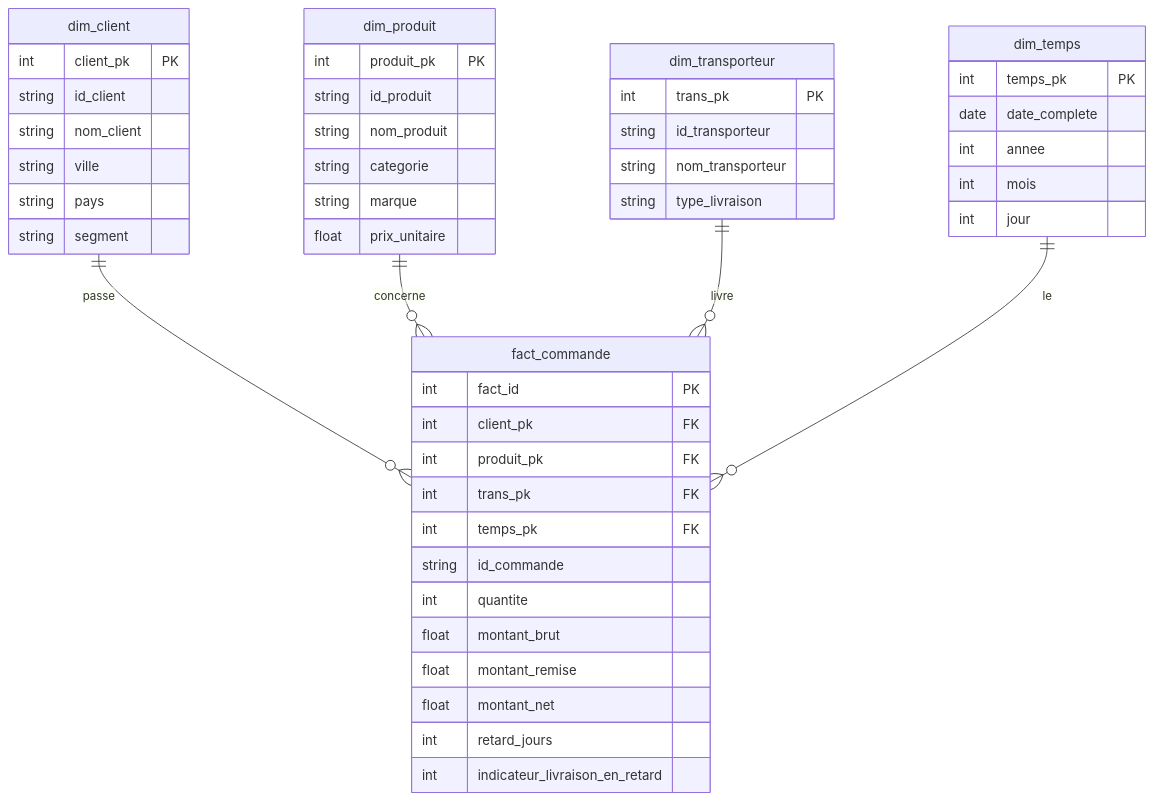
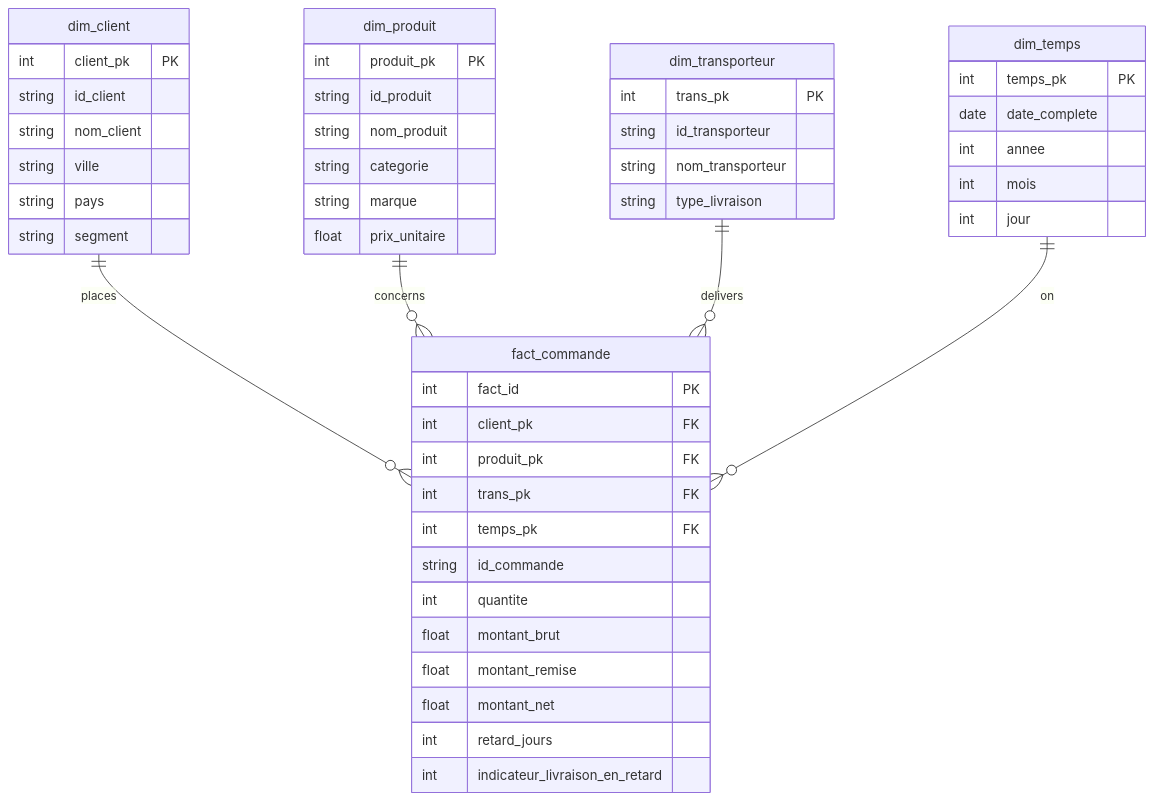
The diagram in projects/e-commerce-bi-assignment/README.md (yss-ef/bi-etl-portfolio), drawn with Mermaid before and after one commit. The commit also changed other lines of this file and 7 other files, not shown here.

````diff
--- a/projects/e-commerce-bi-assignment/README.md
+++ b/projects/e-commerce-bi-assignment/README.md
@@ -37,55 +35,55 @@
 ```mermaid
 erDiagram
-    dim_client ||--o{ fact_commande : "passe"
-    dim_produit ||--o{ fact_commande : "concerne"
-    dim_transporteur ||--o{ fact_commande : "livre"
-    dim_temps ||--o{ fact_commande : "le"
+    dim_client ||--o{ fact_commande : "places"
+    dim_produit ||--o{ fact_commande : "concerns"
+    dim_transporteur ||--o{ fact_commande : "delivers"
+    dim_temps ||--o{ fact_commande : "on"
 
     dim_client {
         int client_pk PK
         string id_client
         string nom_client
         string ville
         string pays
         string segment
     }
 
     dim_produit {
         int produit_pk PK
         string id_produit
         string nom_produit
         string categorie
         string marque
         float prix_unitaire
     }
 
     dim_transporteur {
         int trans_pk PK
         string id_transporteur
         string nom_transporteur
         string type_livraison
     }
 
     dim_temps {
         int temps_pk PK
         date date_complete
         int annee
         int mois
         int jour
     }
 
     fact_commande {
         int fact_id PK
         int client_pk FK
         int produit_pk FK
         int trans_pk FK
         int temps_pk FK
         string id_commande
         int quantite
         float montant_brut
         float montant_remise
         float montant_net
         int retard_jours
         int indicateur_livraison_en_retard
     }
 ```
````
